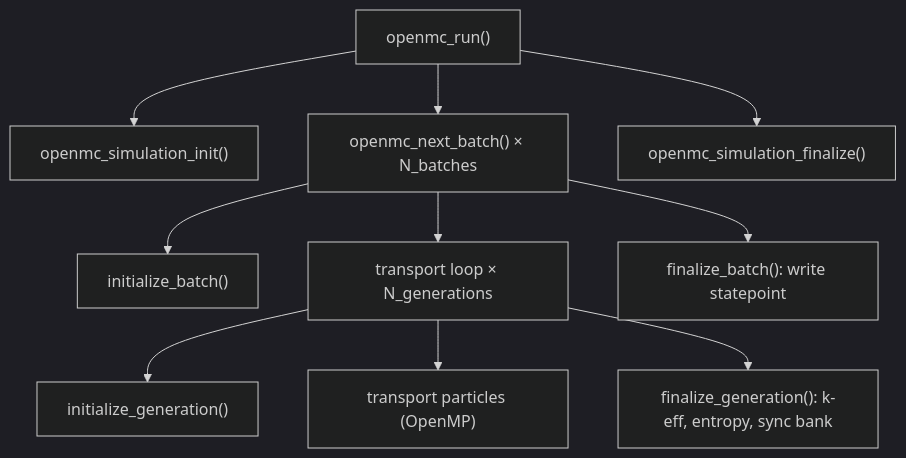
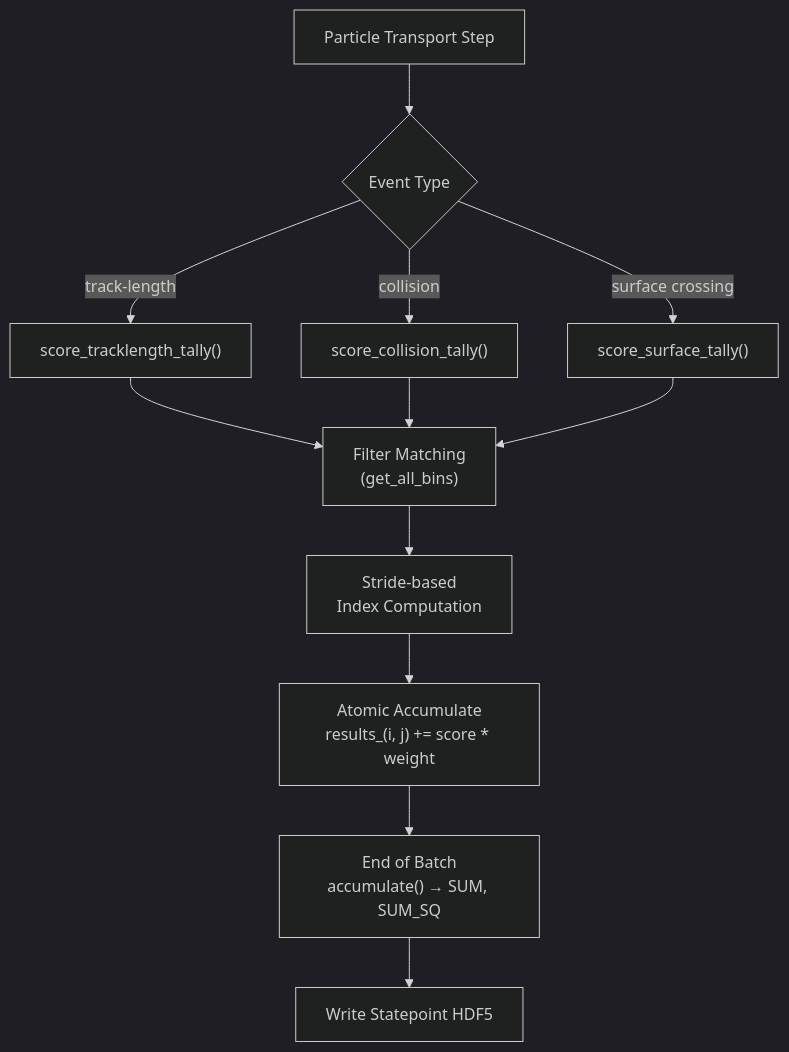
One commit to augment-solutions/deep-wikis changed the sixth of 11 diagrams in src/content/wikis/openmc-dev-openmc/index.mdx. Above: the diagram before and after it, drawn with Mermaid (dark theme). The commit also changed other lines of this file, not shown here.

Commit message:
deep-wiki: update openmc-dev-openmc

````diff
--- a/src/content/wikis/openmc-dev-openmc/index.mdx
+++ b/src/content/wikis/openmc-dev-openmc/index.mdx
@@ -431,12 +546,14 @@
 ```mermaid
 flowchart TD
-    A["openmc_run()"] --> B["openmc_simulation_init()"]
-    A --> C["openmc_next_batch() × N_batches"]
-    C --> D["initialize_batch()"]
-    C --> E["transport loop × N_generations"]
-    E --> F["initialize_generation()"]
-    E --> G["transport particles (OpenMP)"]
-    E --> H["finalize_generation(): k-eff, entropy, sync bank"]
-    C --> I["finalize_batch(): write statepoint"]
-    A --> J["openmc_simulation_finalize()"]
+    P["Particle Transport Step"] --> E{"Event Type"}
+    E -->|"track-length"| TL["score_tracklength_tally()"]
+    E -->|"collision"| CL["score_collision_tally()"]
+    E -->|"surface crossing"| SC["score_surface_tally()"]
+    TL --> FM["Filter Matching\n(get_all_bins)"]
+    CL --> FM
+    SC --> FM
+    FM --> SI["Stride-based\nIndex Computation"]
+    SI --> ACC["Atomic Accumulate\nresults_(i, j) += score * weight"]
+    ACC --> BATCH["End of Batch\naccumulate() → SUM, SUM_SQ"]
+    BATCH --> HDF5["Write Statepoint HDF5"]
 ```
````
